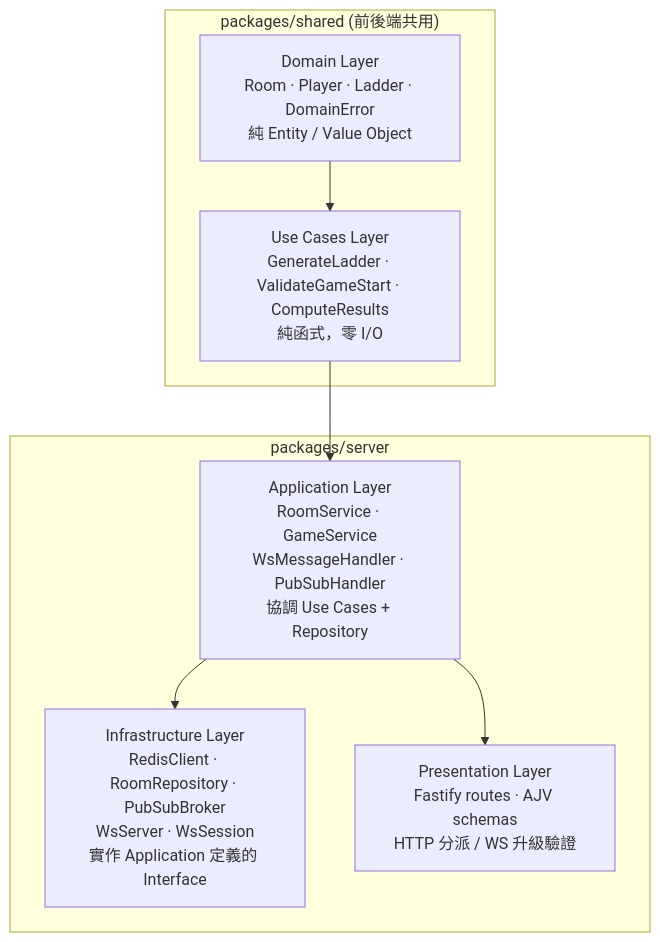
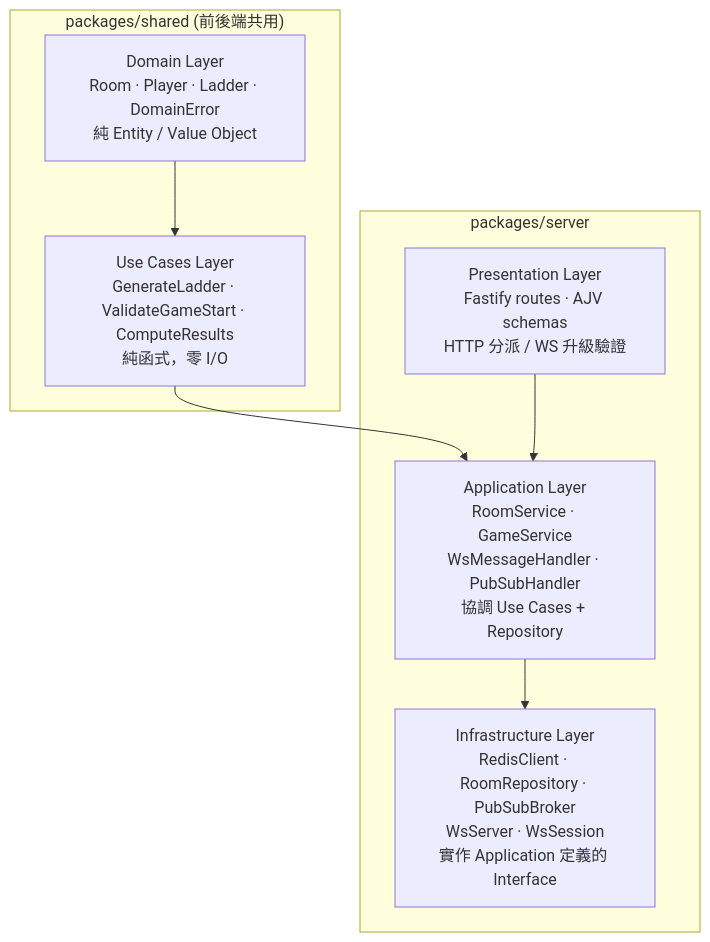
The first of 4 diagrams in docs/ARCH.md (ibalasite/climb_stairs), drawn with Mermaid before and after one commit. The commit also changed other lines of this file, not shown here.

````diff
--- a/docs/ARCH.md
+++ b/docs/ARCH.md
@@ -14,18 +14,18 @@
 ```mermaid
 graph TD
     subgraph shared["packages/shared (前後端共用)"]
         D["Domain Layer\nRoom · Player · Ladder · DomainError\n純 Entity / Value Object"]
         UC["Use Cases Layer\nGenerateLadder · ValidateGameStart · ComputeResults\n純函式，零 I/O"]
         D --> UC
     end
 
     subgraph server["packages/server"]
         APP["Application Layer\nRoomService · GameService\nWsMessageHandler · PubSubHandler\n協調 Use Cases + Repository"]
         INF["Infrastructure Layer\nRedisClient · RoomRepository · PubSubBroker\nWsServer · WsSession\n實作 Application 定義的 Interface"]
         PRES["Presentation Layer\nFastify routes · AJV schemas\nHTTP 分派 / WS 升級驗證"]
     end
 
     UC --> APP
     APP --> INF
-    APP --> PRES
+    PRES --> APP
 ```
````
